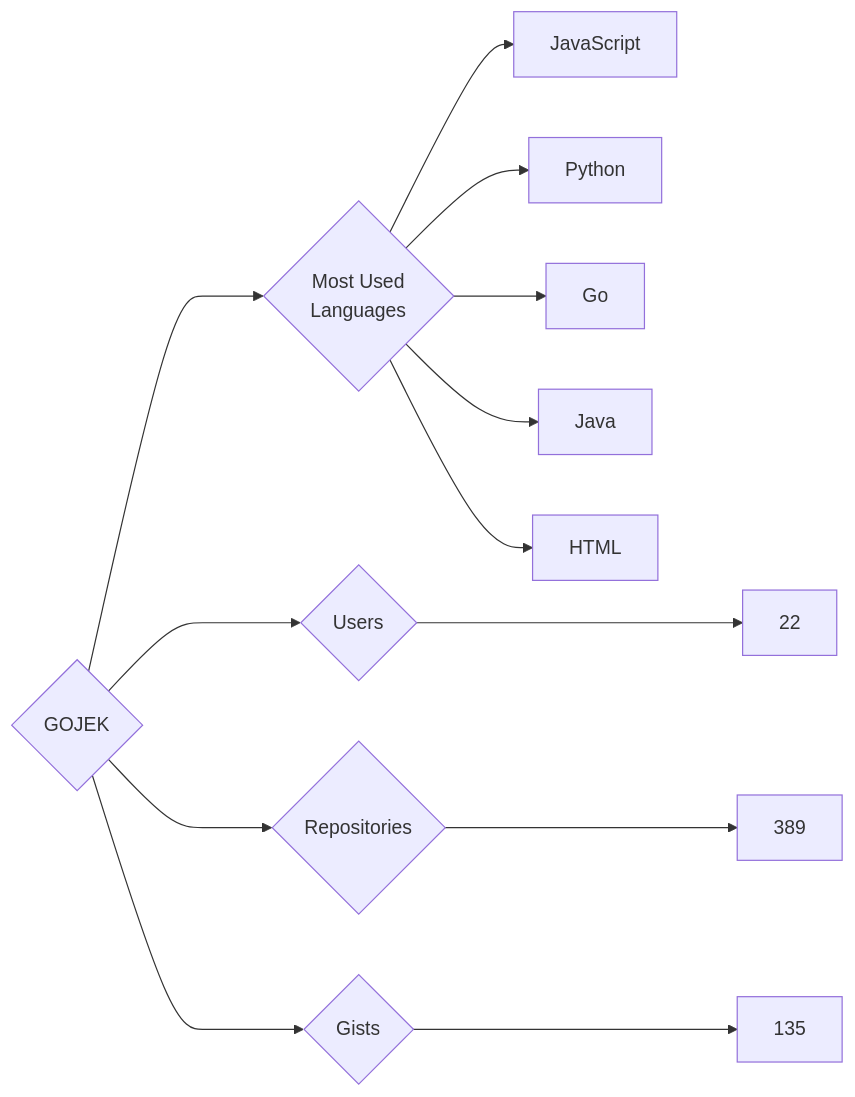
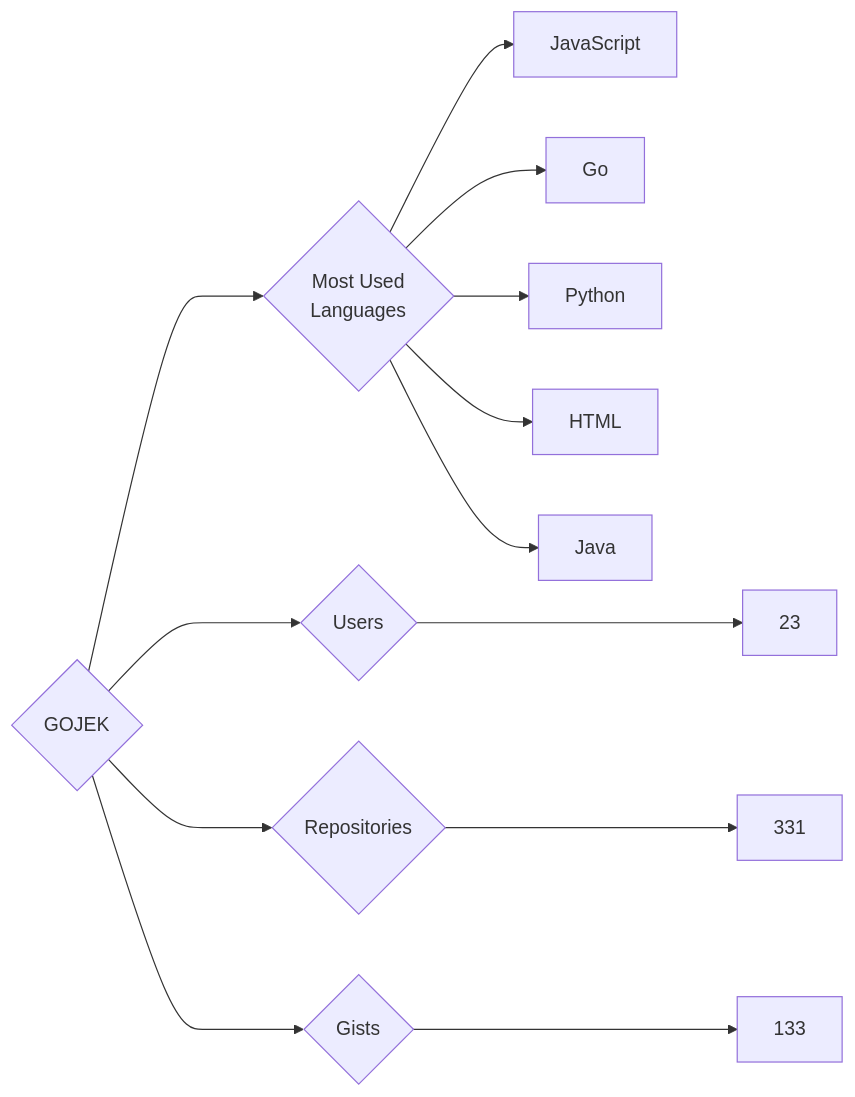
The diagram in targets/GOJEK/README.md (trickest/insiders), drawn with Mermaid before and after one commit. The commit also changed 1195 other files, not shown here.

````diff
--- a/targets/GOJEK/README.md
+++ b/targets/GOJEK/README.md
@@ -3,13 +3,13 @@
 ```mermaid
 graph LR
 COMPANY_NAME{GOJEK}
-COMPANY_NAME ---> U{Users} ---> UN[22]
-COMPANY_NAME ---> R{Repositories} ---> RN[389]
-COMPANY_NAME ---> G{Gists} ---> GN[135]
+COMPANY_NAME ---> U{Users} ---> UN[23]
+COMPANY_NAME ---> R{Repositories} ---> RN[331]
+COMPANY_NAME ---> G{Gists} ---> GN[133]
 COMPANY_NAME ---> ML{Most Used<br>Languages}
 ML --> JavaScript[JavaScript]
+ML --> Go[Go]
 ML --> Python[Python]
-ML --> Go[Go]
+ML --> HTML[HTML]
 ML --> Java[Java]
-ML --> HTML[HTML]
 ```
````
